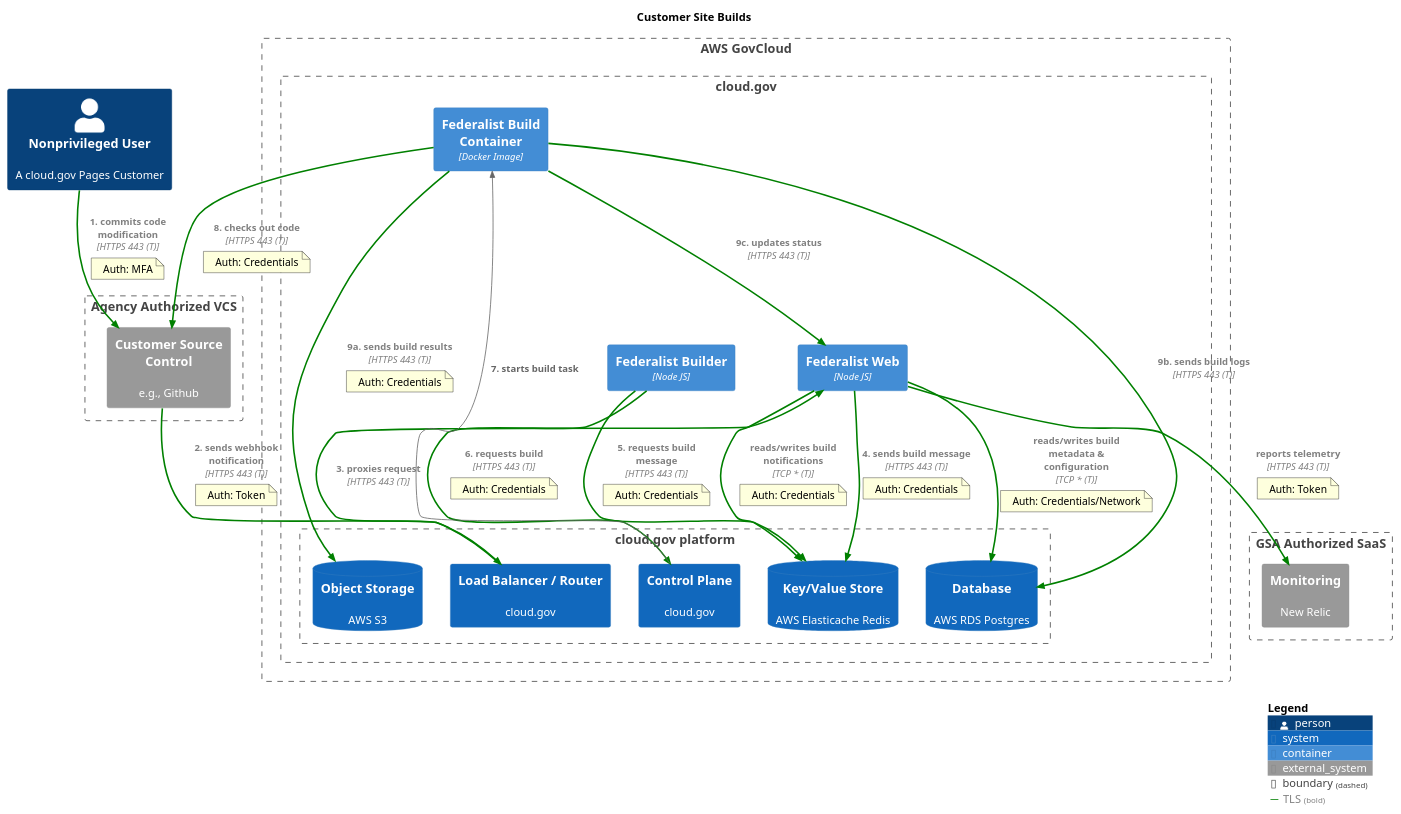
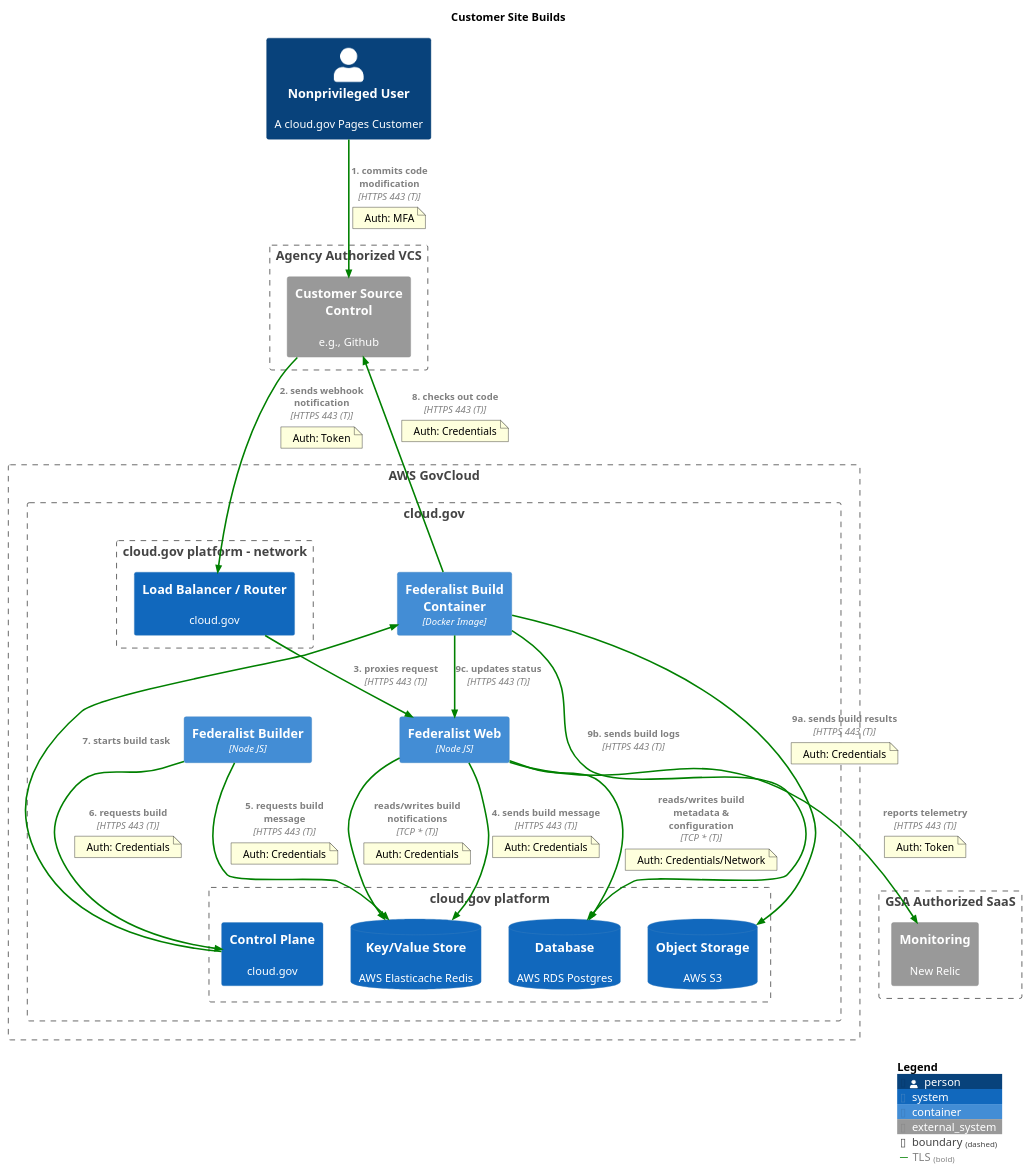
The diagram in source/diagrams/pages/builds.puml (cloud-gov/system-diagrams), drawn with PlantUML before and after one commit. The commit also changed 2 other files, not shown here.

Commit message:
Updates to use TLS; move ALB on builds

```diff
--- a/source/diagrams/pages/builds.puml
+++ b/source/diagrams/pages/builds.puml
@@ -1,98 +1,100 @@
 @startuml builds
 !include https://raw.githubusercontent.com/plantuml-stdlib/C4-PlantUML/master/C4_Container.puml
 'https://github.com/plantuml-stdlib/C4-PlantUML
 
 title Customer Site Builds
 
 AddRelTag("TLS", $textColor="grey", $lineColor="green", $lineStyle=BoldLine())
 
 Person(npu, "Nonprivileged User", "A cloud.gov Pages Customer")
 'note "Auth: Token" as webhook
 
 Boundary(gsa, "Agency Authorized VCS") {
   System_Ext(gh, "Customer Source Control", "e.g., Github")
 }
 
 Boundary(gsa2, "GSA Authorized SaaS") {
   System_Ext(nr, "Monitoring", "New Relic")
 }
 
 Boundary(awsgov, "AWS GovCloud") {
   Boundary(cloudgov, "cloud.gov") {
     Container(core, "Federalist Web", "Node JS")
     Container(builder, "Federalist Builder", "Node JS")
     Container(build, "Federalist Build Container", "Docker Image")    
+    Boundary(cloudgovnetwork, "cloud.gov platform - network") {
+      System(elb, "Load Balancer / Router", "cloud.gov")
+    }
     Boundary(cloudgovplat, "cloud.gov platform") {
-      System(elb, "Load Balancer / Router", "cloud.gov")
       System(cc, "Control Plane", "cloud.gov")
       SystemDb(db, "Database", "AWS RDS Postgres")
       SystemDb(redis, "Key/Value Store", "AWS Elasticache Redis")
       SystemDb(s3, "Object Storage", "AWS S3")
     }
   }
 }
 Rel(core, nr, "reports telemetry", "HTTPS 443 (T)", $tags="TLS")
 note on link
   Auth: Token
 end note
 
 Rel(npu, gh, "1. commits code modification", "HTTPS 443 (T)", $tags="TLS")
 note on link
   Auth: MFA
 end note
 
 Rel(gh, elb, "2. sends webhook notification", "HTTPS 443 (T)", $tags="TLS")
 note on link
   Auth: Token
 end note
 
 Rel(elb, core, "3. proxies request", "HTTPS 443 (T)", $tags="TLS")
 
 Rel(core, redis, "4. sends build message", "HTTPS 443 (T)", $tags="TLS")
 note on link
   Auth: Credentials
 end note
 
 Rel(builder, redis, "5. requests build message", "HTTPS 443 (T)", $tags="TLS")
 note on link
   Auth: Credentials
 end note
 
 Rel(builder, cc, "6. requests build", "HTTPS 443 (T)", $tags="TLS")
 note on link
   Auth: Credentials
 end note
 
-Rel(cc, build, "7. starts build task")
+Rel(cc, build, "7. starts build task", $tags="TLS")
 
 Rel(build, gh, "8. checks out code", "HTTPS 443 (T)", $tags="TLS")
 note on link
   Auth: Credentials
 end note
 
 Rel(build, s3, "9a. sends build results", "HTTPS 443 (T)", $tags="TLS")
 note on link
   Auth: Credentials
 end note
 
 Rel(build, db, "9b. sends build logs", "HTTPS 443 (T)", $tags="TLS")
 Rel(build, core, "9c. updates status", "HTTPS 443 (T)", $tags="TLS")
 
 ' Other flows
 Rel(core, db, "reads/writes build metadata & configuration", "TCP * (T)", $tags="TLS")
 note on link
   Auth: Credentials/Network
 end note
 
 Rel(core, redis, "reads/writes build notifications", "TCP * (T)", $tags="TLS")
 note on link
   Auth: Credentials
 end note
 
 ' Authentication annotations
 'npu .. githubfederalistauth
 'githubfederalistauth .. core
 'gh . webhook
 'webhook ... core
 SHOW_LEGEND()
 @enduml
```
